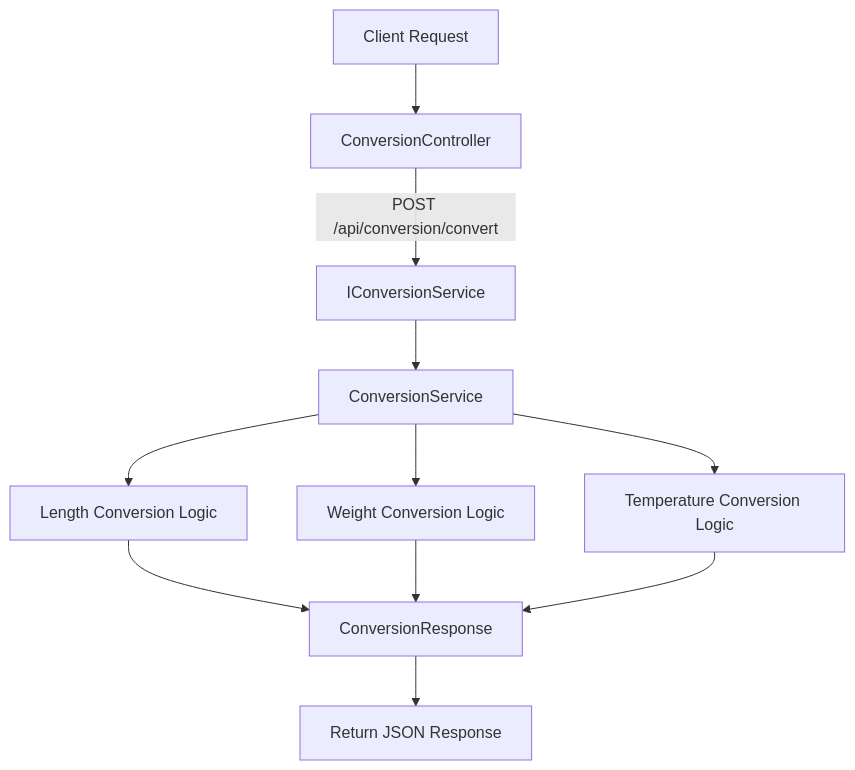
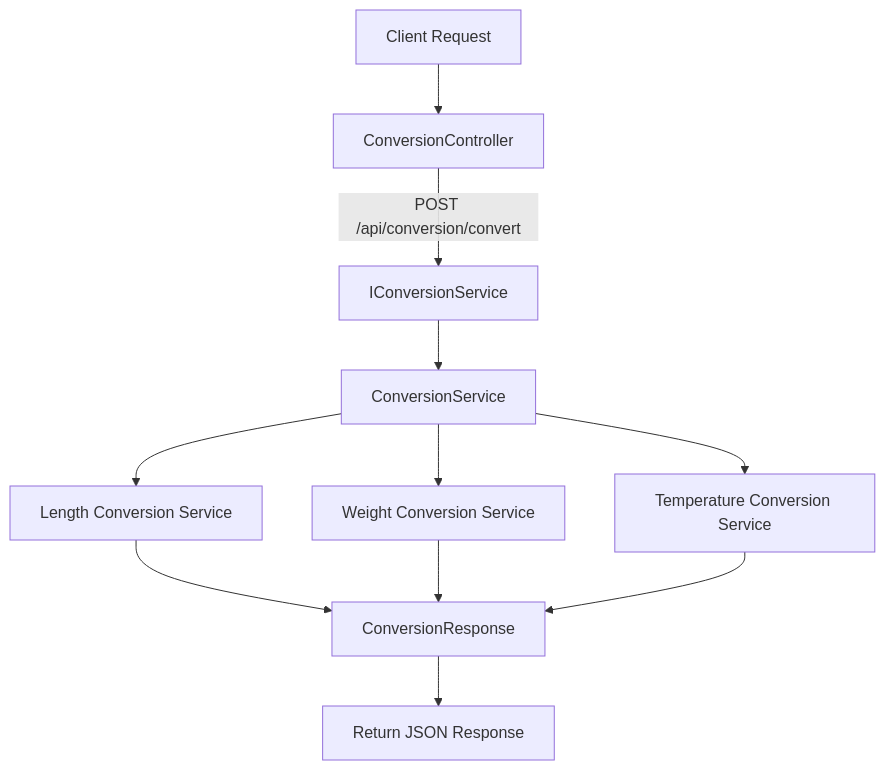
The diagram in ReadMe.md (nareshce25/MUnitsConverter), drawn with Mermaid before and after one commit. The commit also changed other lines of this file, not shown here.

First line of the commit message:
Refactor conversion services and enhance documentation

````diff
--- a/ReadMe.md
+++ b/ReadMe.md
@@ -10,16 +10,16 @@
 ```mermaid
 flowchart TD
     A[Client Request] --> B[ConversionController]
     B -->|POST /api/conversion/convert| C[IConversionService]
     C --> D[ConversionService]
 
-    D --> E[Length Conversion Logic]
-    D --> F[Weight Conversion Logic]
-    D --> G[Temperature Conversion Logic]
+    D --> E[Length Conversion Service]
+    D --> F[Weight Conversion Service]
+    D --> G[Temperature Conversion Service]
 
     E --> H[ConversionResponse]
     F --> H[ConversionResponse]
     G --> H[ConversionResponse]
 
     H --> I[Return JSON Response]
 ```
````
